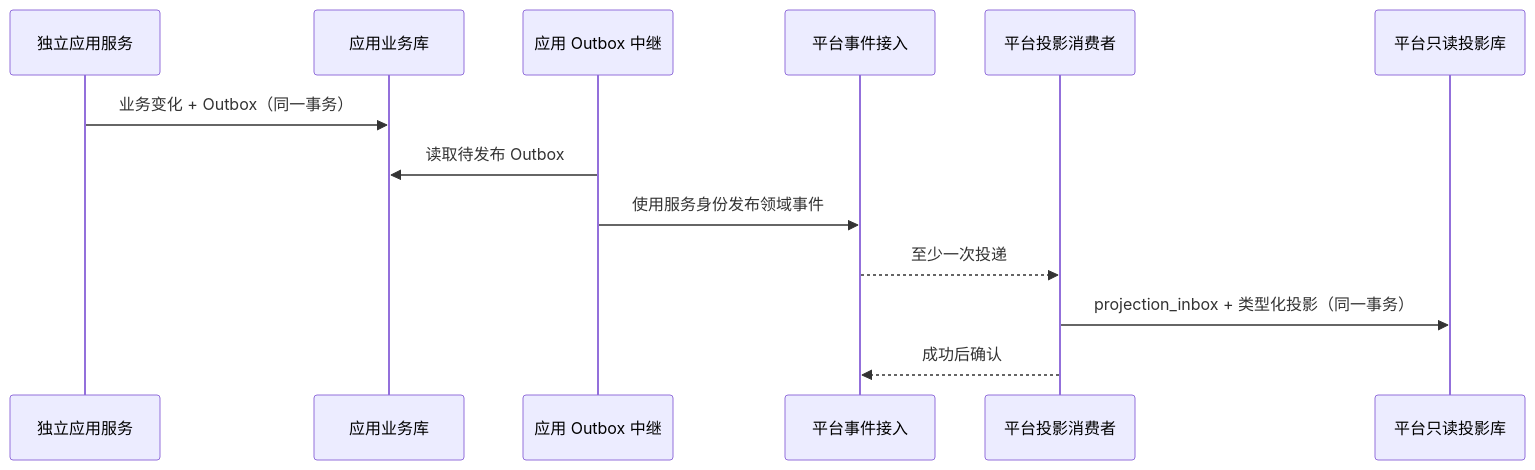
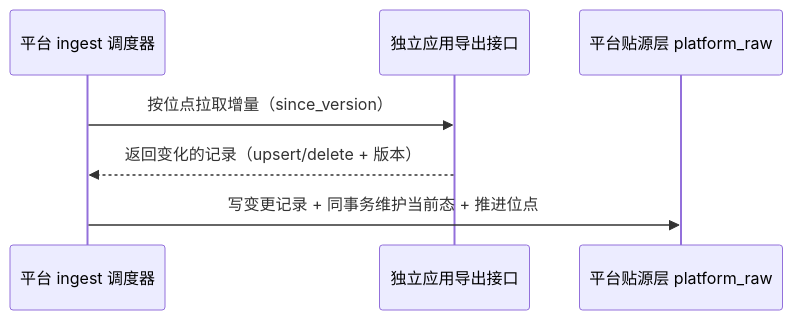
The second of 2 diagrams in docs/unified-internal-app-platform-product-and-implementation.md (tonycc/ai-hub), drawn with Mermaid before and after one commit. The commit also changed other lines of this file and 26 other files, not shown here.

```diff
--- a/docs/unified-internal-app-platform-product-and-implementation.md
+++ b/docs/unified-internal-app-platform-product-and-implementation.md
@@ -932,16 +915,10 @@
 ~~~mermaid
 sequenceDiagram
-    participant S as 独立应用服务
-    participant D as 应用业务库
-    participant R as 应用 Outbox 中继
-    participant E as 平台事件接入
-    participant C as 平台投影消费者
-    participant P as 平台只读投影库
+    participant P as 平台 ingest 调度器
+    participant A as 独立应用导出接口
+    participant R as 平台贴源层 platform_raw
 
-    S->>D: 业务变化 + Outbox（同一事务）
-    R->>D: 读取待发布 Outbox
-    R->>E: 使用服务身份发布领域事件
-    E-->>C: 至少一次投递
-    C->>P: projection_inbox + 类型化投影（同一事务）
-    C-->>E: 成功后确认
+    P->>A: 按位点拉取增量（since_version）
+    A-->>P: 返回变化的记录（upsert/delete + 版本）
+    P->>R: 写变更记录 + 同事务维护当前态 + 推进位点
 ~~~
```
